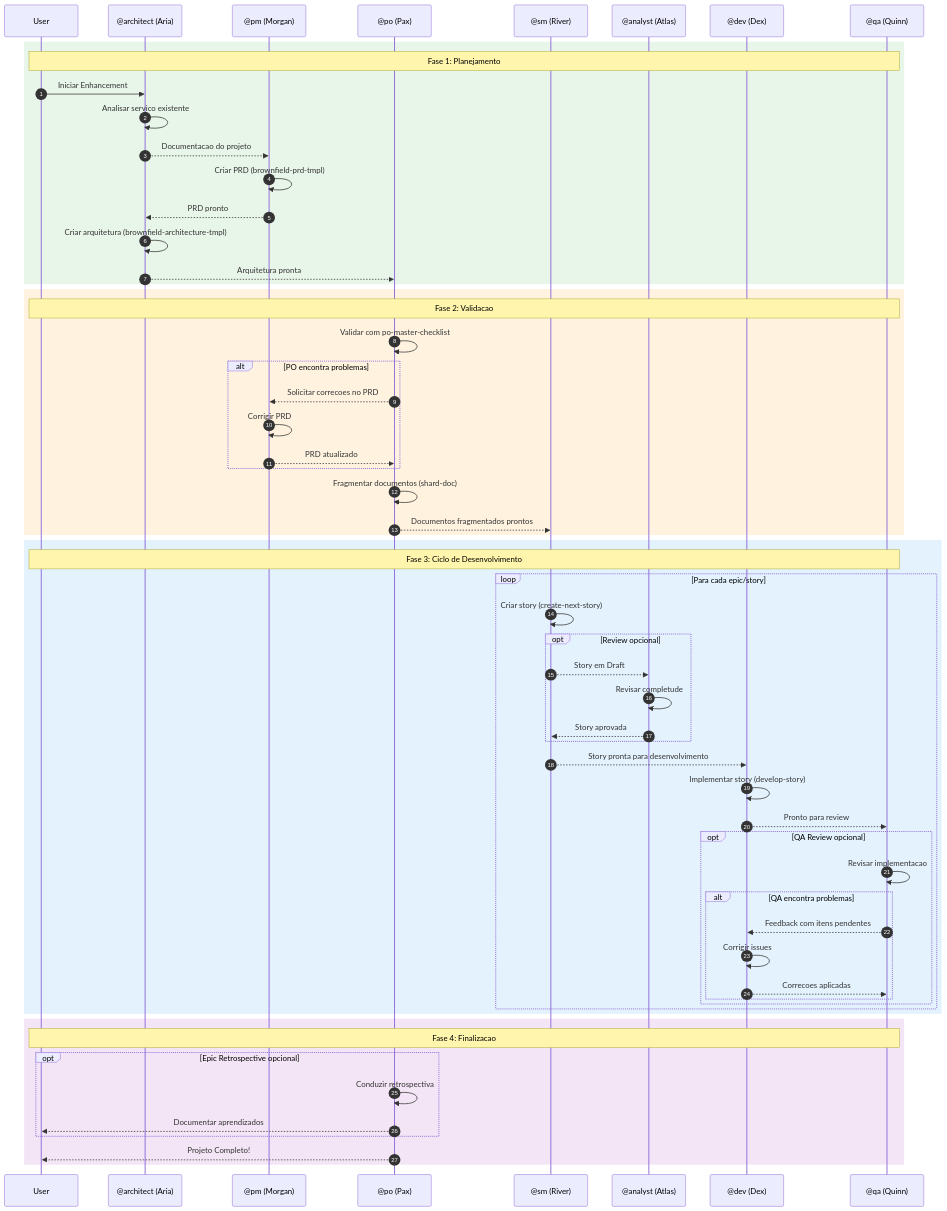
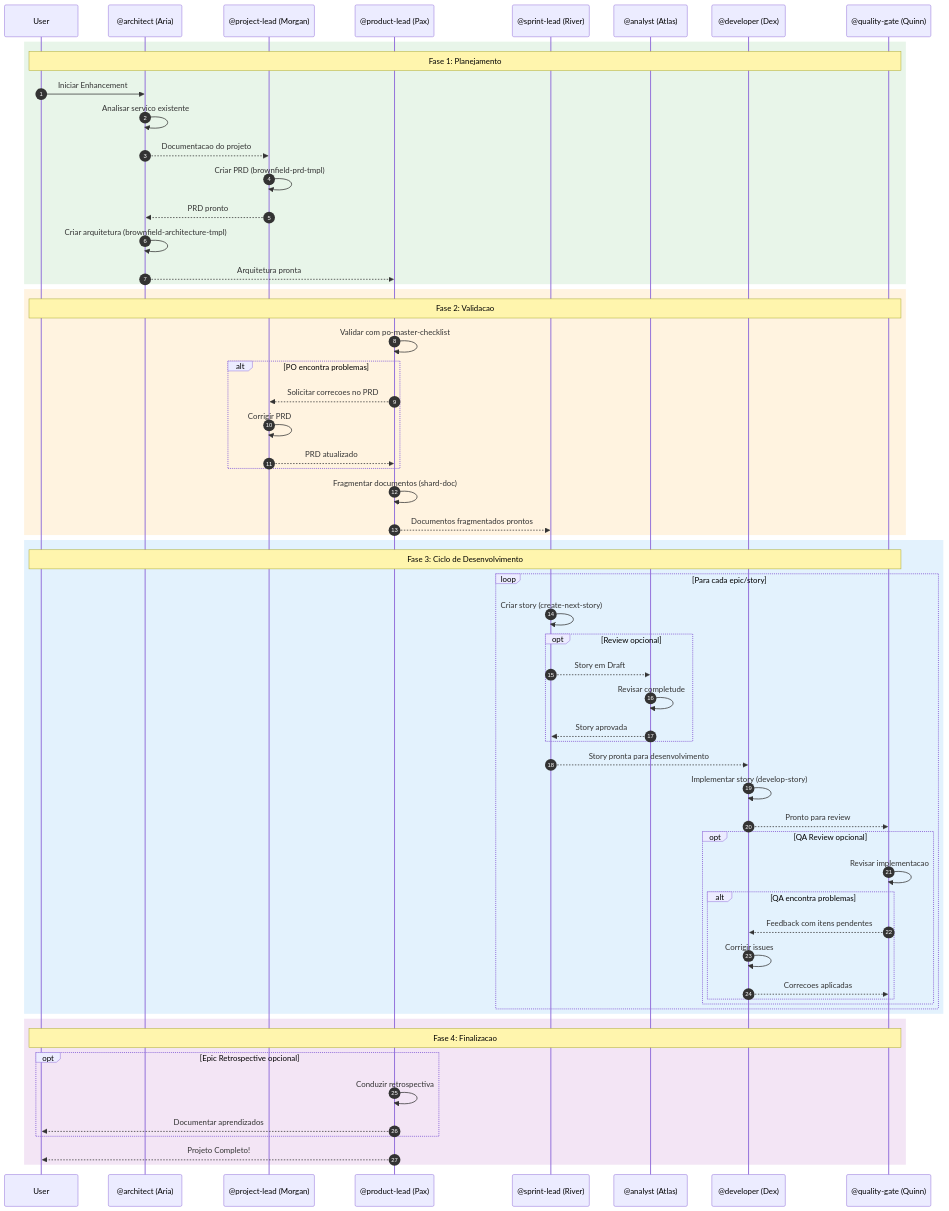
Before and after one commit to caioimori/sinapse-ai: the second of 6 diagrams in docs/guides/workflows/BROWNFIELD-SERVICE-WORKFLOW.md, drawn with Mermaid. The commit also changed other lines of this file and 873 other files, not shown here.

````diff
--- a/docs/guides/workflows/BROWNFIELD-SERVICE-WORKFLOW.md
+++ b/docs/guides/workflows/BROWNFIELD-SERVICE-WORKFLOW.md
@@ -93,67 +93,67 @@
 ```mermaid
 sequenceDiagram
     autonumber
     participant User
     participant Architect as @architect (Aria)
-    participant PM as @pm (Morgan)
-    participant PO as @po (Pax)
-    participant SM as @sm (River)
+    participant PM as @project-lead (Morgan)
+    participant PO as @product-lead (Pax)
+    participant SM as @sprint-lead (River)
     participant Analyst as @analyst (Atlas)
-    participant Dev as @dev (Dex)
-    participant QA as @qa (Quinn)
+    participant Dev as @developer (Dex)
+    participant QA as @quality-gate (Quinn)
 
     rect rgb(232, 245, 233)
         Note over User,QA: Fase 1: Planejamento
         User->>Architect: Iniciar Enhancement
         Architect->>Architect: Analisar servico existente
         Architect-->>PM: Documentacao do projeto
         PM->>PM: Criar PRD (brownfield-prd-tmpl)
         PM-->>Architect: PRD pronto
         Architect->>Architect: Criar arquitetura (brownfield-architecture-tmpl)
         Architect-->>PO: Arquitetura pronta
     end
 
     rect rgb(255, 243, 224)
         Note over User,QA: Fase 2: Validacao
         PO->>PO: Validar com po-master-checklist
         alt PO encontra problemas
             PO-->>PM: Solicitar correcoes no PRD
             PM->>PM: Corrigir PRD
             PM-->>PO: PRD atualizado
         end
         PO->>PO: Fragmentar documentos (shard-doc)
         PO-->>SM: Documentos fragmentados prontos
     end
 
     rect rgb(227, 242, 253)
         Note over User,QA: Fase 3: Ciclo de Desenvolvimento
         loop Para cada epic/story
             SM->>SM: Criar story (create-next-story)
             opt Review opcional
                 SM-->>Analyst: Story em Draft
                 Analyst->>Analyst: Revisar completude
                 Analyst-->>SM: Story aprovada
             end
             SM-->>Dev: Story pronta para desenvolvimento
             Dev->>Dev: Implementar story (develop-story)
             Dev-->>QA: Pronto para review
             opt QA Review opcional
                 QA->>QA: Revisar implementacao
                 alt QA encontra problemas
                     QA-->>Dev: Feedback com itens pendentes
                     Dev->>Dev: Corrigir issues
                     Dev-->>QA: Correcoes aplicadas
                 end
             end
         end
     end
 
     rect rgb(243, 229, 245)
         Note over User,QA: Fase 4: Finalizacao
         opt Epic Retrospective opcional
             PO->>PO: Conduzir retrospectiva
             PO-->>User: Documentar aprendizados
         end
         PO-->>User: Projeto Completo!
     end
 ```
````
